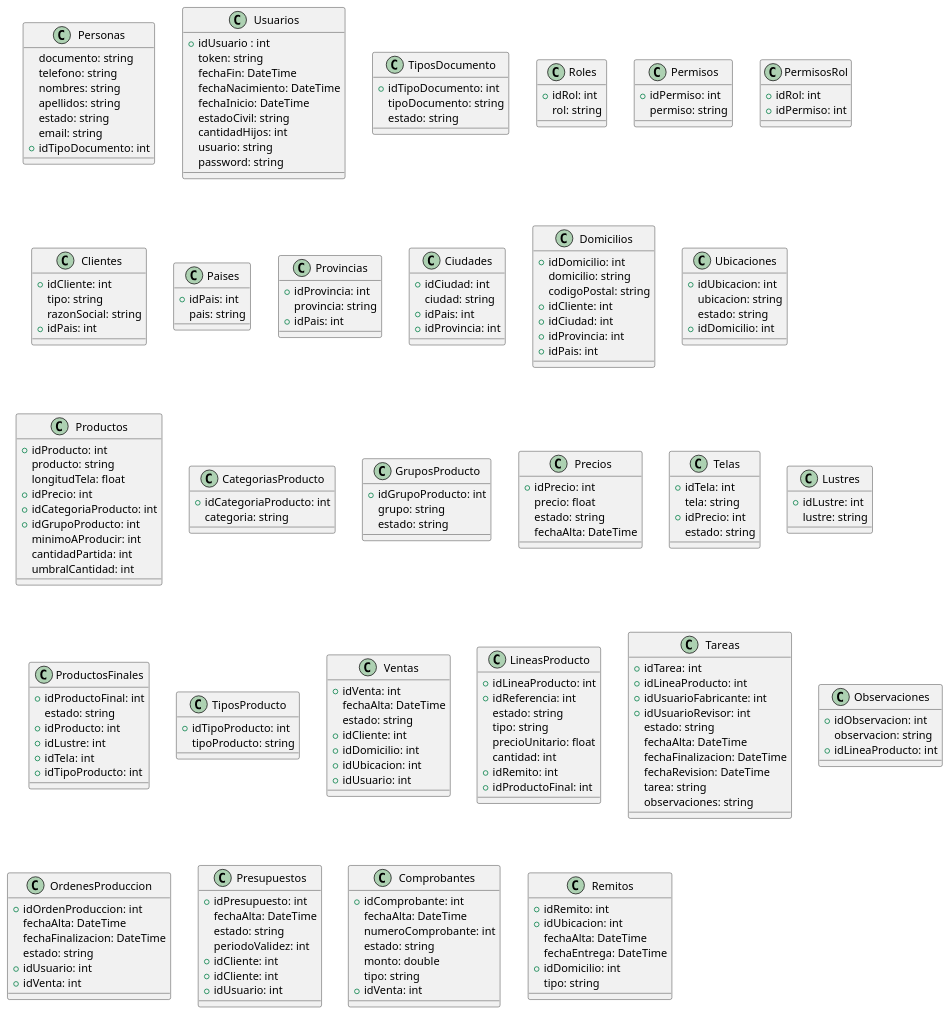
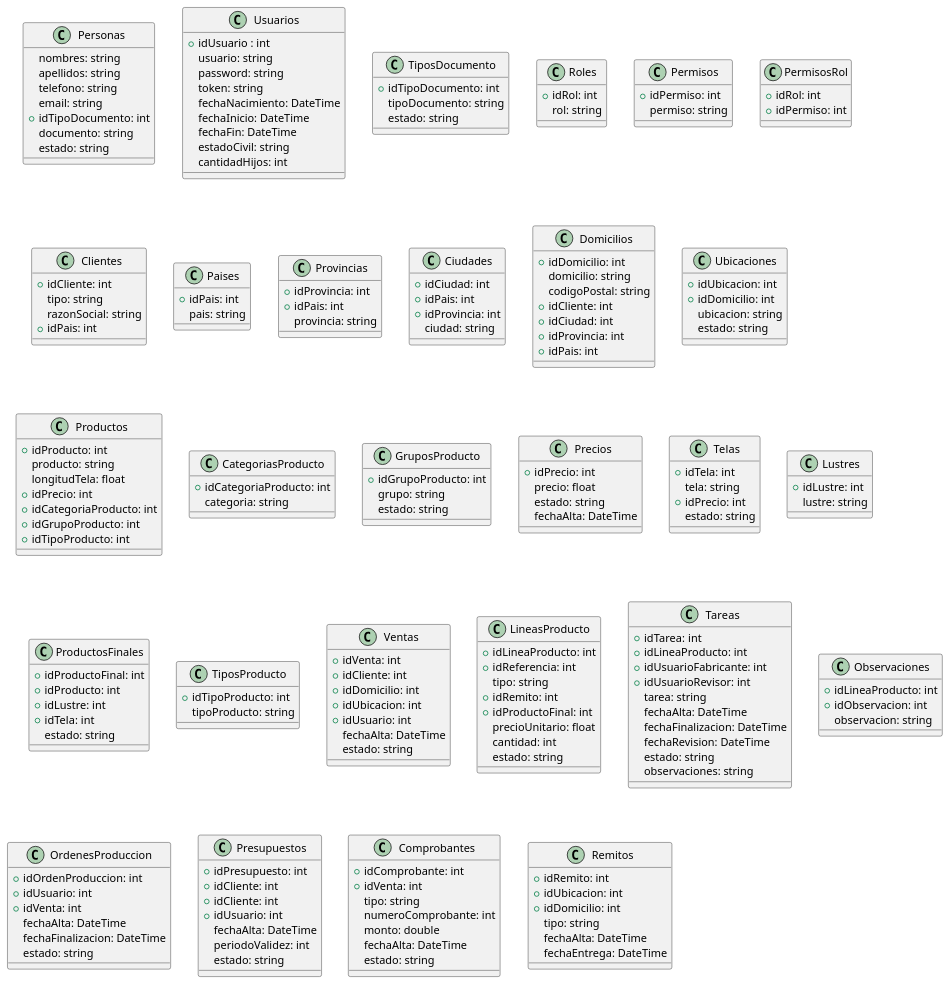
One commit to ZMGestion/DocumentacionZMGestion changed the diagram in DiagramaClases/Clases.puml. Above: the diagram before and after it, drawn with PlantUML. The commit also changed 2 other files, not shown here.

Commit message:
Vistas de diagrama de clases

```diff
--- a/DiagramaClases/Clases.puml
+++ b/DiagramaClases/Clases.puml
@@ -1,24 +1,24 @@
 @startuml Clases
 class Personas{
-   documento: string
-   telefono: string
    nombres: string
    apellidos: string
-   estado: string
+   telefono: string
    email: string
    +idTipoDocumento: int
+   documento: string
+   estado: string
 }
 
 class Usuarios {
    +idUsuario : int
+   usuario: string
+   password: string
    token: string
-   fechaFin: DateTime
    fechaNacimiento: DateTime
    fechaInicio: DateTime
+   fechaFin: DateTime
    estadoCivil: string
    cantidadHijos: int
-   usuario: string
-   password: string
 }
 
 class TiposDocumento{
@@ -56,15 +56,16 @@
 
 class Provincias{
     +idProvincia: int
+    +idPais: int
     provincia: string
-    +idPais: int
 }
 
 class Ciudades{
     +idCiudad: int
-    ciudad: string
     +idPais: int
     +idProvincia: int
+    ciudad: string
+    
 }
 
 class Domicilios{
@@ -79,9 +80,9 @@
 
 class Ubicaciones{
     +idUbicacion: int
+    +idDomicilio: int
     ubicacion: string
     estado: string
-    +idDomicilio: int
 }
 
 class Productos{
@@ -91,9 +92,7 @@
     +idPrecio: int
     +idCategoriaProducto: int
     +idGrupoProducto: int
-    minimoAProducir: int
-    cantidadPartida: int
-    umbralCantidad: int
+    +idTipoProducto: int
 }
 
 class CategoriasProducto{
@@ -127,12 +126,11 @@
 }
 
 class ProductosFinales{
-    +idProductoFinal: int
-    estado: string    
+    +idProductoFinal: int   
     +idProducto: int
     +idLustre: int
     +idTela: int
-    +idTipoProducto: int
+    estado: string  
 }
 
 class TiposProducto{
@@ -142,23 +140,23 @@
 
 class Ventas{
     +idVenta: int
-    fechaAlta: DateTime
-    estado: string
     +idCliente: int
     +idDomicilio: int
     +idUbicacion: int
     +idUsuario: int
+    fechaAlta: DateTime
+    estado: string
 }
 
 class LineasProducto{
     +idLineaProducto: int
     +idReferencia: int
-    estado: string
     tipo: string
+    +idRemito: int
+    +idProductoFinal: int
     precioUnitario: float
     cantidad: int
-    +idRemito: int
-    +idProductoFinal: int
+    estado: string
 }
 
 class Tareas{
@@ -166,58 +164,57 @@
     +idLineaProducto: int
     +idUsuarioFabricante: int
     +idUsuarioRevisor: int
-    estado: string
+    tarea: string
     fechaAlta: DateTime
     fechaFinalizacion: DateTime
     fechaRevision: DateTime
-    tarea: string
+    estado: string
     observaciones: string
 }
 
 class Observaciones{
+    +idLineaProducto: int
     +idObservacion: int
     observacion: string
-    +idLineaProducto: int
 }
 
 class OrdenesProduccion{
     +idOrdenProduccion: int
+    +idUsuario: int
+    +idVenta: int
     fechaAlta: DateTime
     fechaFinalizacion: DateTime
     estado: string
-    +idUsuario: int
-    +idVenta: int
 }
 
 class Presupuestos{
     +idPresupuesto: int
-    fechaAlta: DateTime
-    estado: string
-    periodoValidez: int
     +idCliente: int
     +idCliente: int
     +idUsuario: int
+    fechaAlta: DateTime
+    periodoValidez: int
+    estado: string
 }
 
 class Comprobantes{
     +idComprobante: int
+    +idVenta: int
+    tipo: string
+    numeroComprobante: int
+    monto: double
     fechaAlta: DateTime
-    numeroComprobante: int
     estado: string
-    monto: double
-    tipo: string
-    +idVenta: int
 }
 
 
 class Remitos{
     +idRemito: int
     +idUbicacion: int
+    +idDomicilio: int
+    tipo: string
     fechaAlta: DateTime
     fechaEntrega: DateTime
-    +idDomicilio: int
-    tipo: string
-
 }
 
 
```
